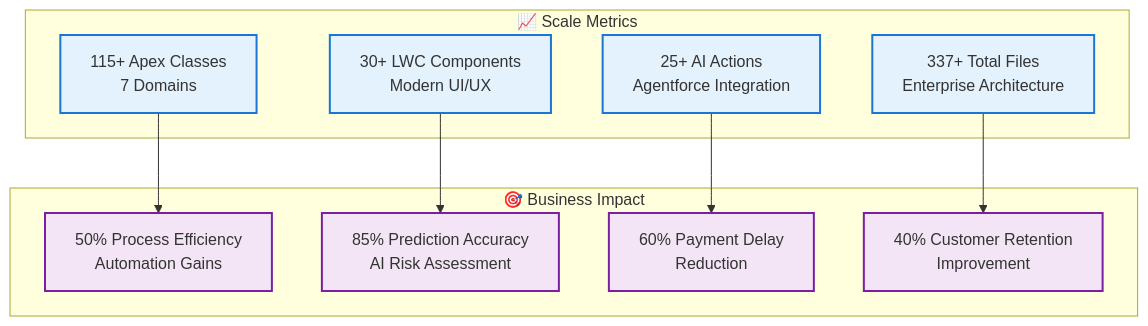
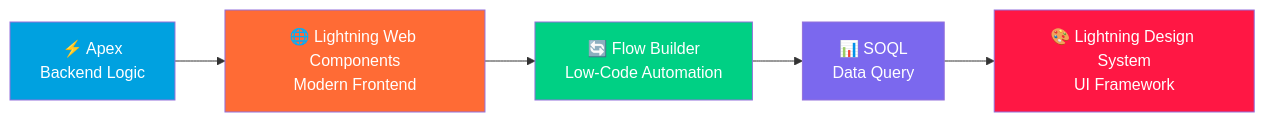
Before and after one commit to MoonJH-2/MainOrgProject: the eighth of 8 diagrams in README.md, drawn with Mermaid. The commit also changed other lines of this file, not shown here.

````diff
--- a/README.md
+++ b/README.md
@@ -368,27 +286,19 @@
 ```mermaid
-graph TD
-    subgraph "📈 Scale Metrics"
-        A[115+ Apex Classes<br/>7 Domains] 
-        B[30+ LWC Components<br/>Modern UI/UX]
-        C[25+ AI Actions<br/>Agentforce Integration]
-        D[337+ Total Files<br/>Enterprise Architecture]
-    end
+flowchart LR
+    A["⚡ Apex<br>Backend Logic"] --> B["🌐 Lightning Web Components<br>Modern Frontend"]
+    B --> C["🔄 Flow Builder<br>Low-Code Automation"]
+    C --> D["📊 SOQL<br>Data Query"]
+    D --> E["🎨 Lightning Design System<br>UI Framework"]
     
-    subgraph "🎯 Business Impact"
-        E[50% Process Efficiency<br/>Automation Gains]
-        F[85% Prediction Accuracy<br/>AI Risk Assessment] 
-        G[60% Payment Delay<br/>Reduction]
-        H[40% Customer Retention<br/>Improvement]
-    end
+    classDef apex fill:#00a1e0,color:#fff
+    classDef lwc fill:#ff6b35,color:#fff
+    classDef flow fill:#00d084,color:#fff
+    classDef soql fill:#7b68ee,color:#fff
+    classDef lds fill:#ff1744,color:#fff
     
-    A --> E
-    B --> F
-    C --> G
-    D --> H
-    
-    classDef scale fill:#e3f2fd,stroke:#1976d2,stroke-width:2px
-    classDef impact fill:#f3e5f5,stroke:#7b1fa2,stroke-width:2px
-    
-    class A,B,C,D scale
-    class E,F,G,H impact
+    A:::apex
+    B:::lwc  
+    C:::flow
+    D:::soql
+    E:::lds
 ```
````
